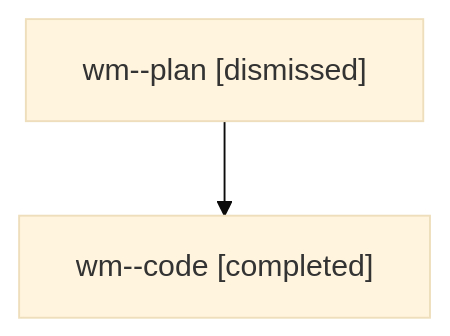
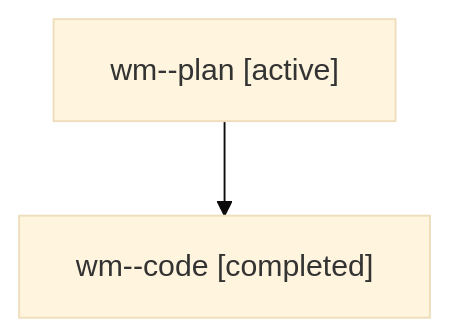
One commit to bobs-org/bob-cli--agents changed the diagram in families/bbugyi200.athena.wm.md. Above: the diagram before and after it, drawn with Mermaid (base theme). The commit also changed other lines of this file and 1279 other files, not shown here.

````diff
--- a/families/bbugyi200.athena.wm.md
+++ b/families/bbugyi200.athena.wm.md
@@ -9,6 +9,6 @@
 ```mermaid
 flowchart TD
-  n0["wm--plan [dismissed]"]
+  n0["wm--plan [active]"]
   n1["wm--code [completed]"]
   n0 --> n1
 ```
````
